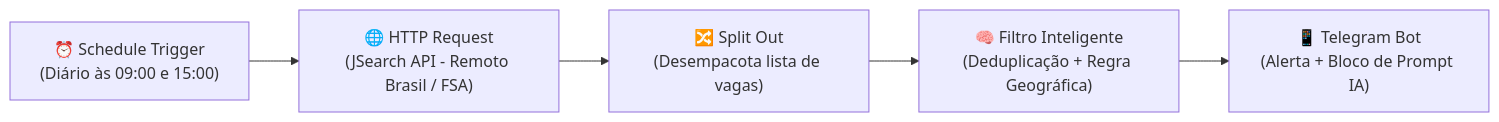
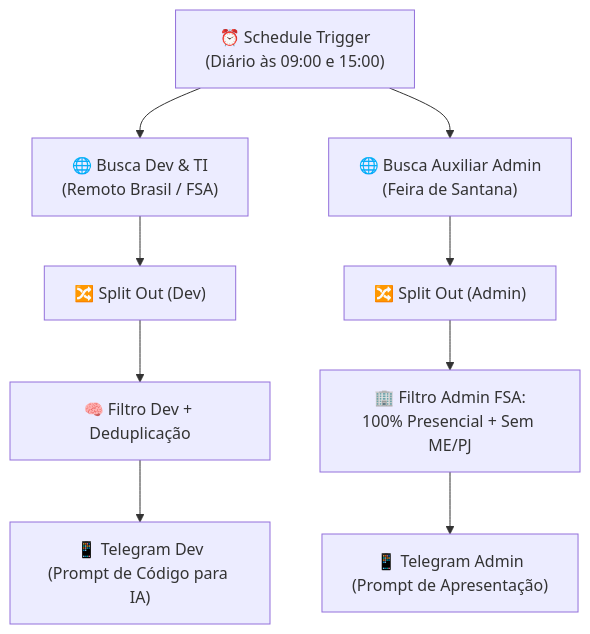
The diagram in README.md (Jntgirardi/monitor-de-vagas-n8n), drawn with Mermaid before and after one commit. The commit also changed other lines of this file and 1 other file, not shown here.

Commit message:
feat: implementa arquitetura dual-pipeline com trilha de auxiliar administrativo em feira de santana

````diff
--- a/README.md
+++ b/README.md
@@ -9,7 +11,16 @@
 ```mermaid
-flowchart LR
-    A["⏰ Schedule Trigger<br>(Diário às 09:00 e 15:00)"] --> B["🌐 HTTP Request<br>(JSearch API - Remoto Brasil / FSA)"]
-    B --> C["🔀 Split Out<br>(Desempacota lista de vagas)"]
-    C --> D["🧠 Filtro Inteligente<br>(Deduplicação + Regra Geográfica)"]
-    D --> E["📱 Telegram Bot<br>(Alerta + Bloco de Prompt IA)"]
+flowchart TD
+    Schedule["⏰ Schedule Trigger<br>(Diário às 09:00 e 15:00)"]
+
+    %% TRILHA DEV
+    Schedule --> HTTP_Dev["🌐 Busca Dev & TI<br>(Remoto Brasil / FSA)"]
+    HTTP_Dev --> Split_Dev["🔀 Split Out (Dev)"]
+    Split_Dev --> Code_Dev["🧠 Filtro Dev + Deduplicação"]
+    Code_Dev --> TG_Dev["📱 Telegram Dev<br>(Prompt de Código para IA)"]
+
+    %% TRILHA ADMIN
+    Schedule --> HTTP_Admin["🌐 Busca Auxiliar Admin<br>(Feira de Santana)"]
+    HTTP_Admin --> Split_Admin["🔀 Split Out (Admin)"]
+    Split_Admin --> Code_Admin["🏢 Filtro Admin FSA:<br>100% Presencial + Sem ME/PJ"]
+    Code_Admin --> TG_Admin["📱 Telegram Admin<br>(Prompt de Apresentação)"]
 ```
````
